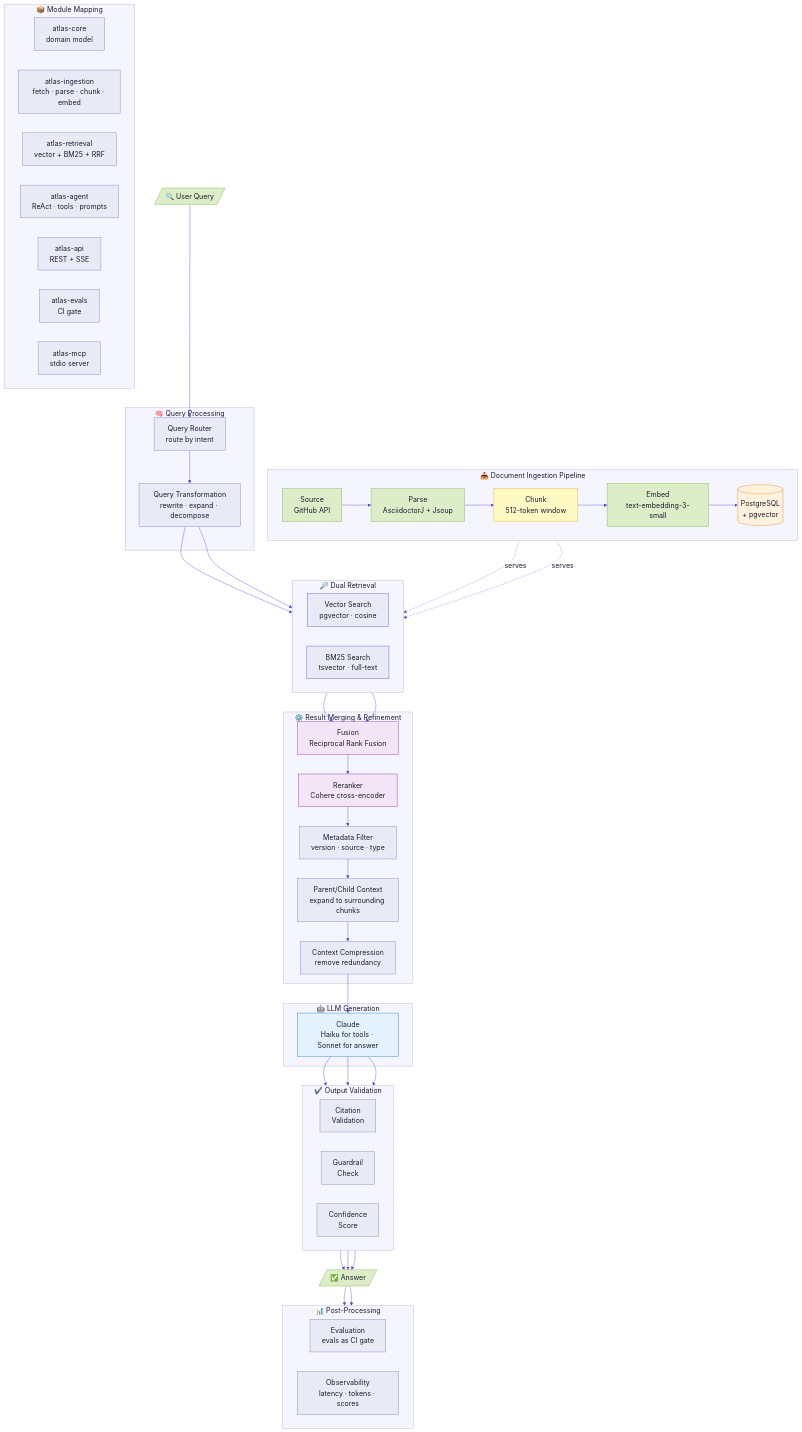
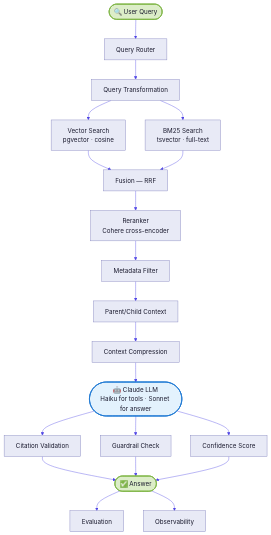
Before and after one commit to gopalvramana/atlas-rag: the first of 3 diagrams in docs/rag-pipeline.md, drawn with Mermaid. The commit also changed other lines of this file, not shown here.

Commit message:
Split pipeline into 3 focused diagrams for better GitHub rendering

````diff
--- a/docs/rag-pipeline.md
+++ b/docs/rag-pipeline.md
@@ -6,114 +10,32 @@
 ```mermaid
-%%{init: {
-  'theme': 'base',
-  'themeVariables': {
-    'primaryColor': '#e8eaf6',
-    'primaryTextColor': '#1a1a2e',
-    'primaryBorderColor': '#7c7cba',
-    'lineColor': '#5046e5',
-    'secondaryColor': '#e3f2fd',
-    'tertiaryColor': '#f3e5f5',
-    'background': '#ffffff',
-    'mainBkg': '#e8eaf6',
-    'nodeBorder': '#7c7cba',
-    'clusterBkg': '#f5f5ff',
-    'clusterBorder': '#b0b0d0',
-    'titleColor': '#1a1a2e',
-    'edgeLabelBackground': '#ffffff',
-    'fontSize': '18px',
-    'nodeSpacing': 30,
-    'rankSpacing': 40
-  }
-}}%%
+%%{init: {'theme': 'base', 'themeVariables': {
+  'primaryColor': '#e8eaf6', 'primaryTextColor': '#1a1a2e',
+  'primaryBorderColor': '#7c7cba', 'lineColor': '#5046e5',
+  'clusterBkg': '#f5f5ff', 'clusterBorder': '#b0b0d0',
+  'edgeLabelBackground': '#ffffff', 'fontSize': '16px'
+}}}%%
 
 flowchart TD
-    Q[/"🔍 User Query"/]
-    Q --> QR
+    Q([" 🔍 User Query "]):::entry --> QR
+    QR["Query Router"] --> QT["Query Transformation"]
+    QT --> VS["Vector Search\npgvector · cosine"]
+    QT --> BM["BM25 Search\ntsvector · full-text"]
+    VS --> FU["Fusion — RRF"]
+    BM --> FU
+    FU --> RR["Reranker\nCohere cross-encoder"]
+    RR --> MF["Metadata Filter"]
+    MF --> PC["Parent/Child Context"]
+    PC --> CC["Context Compression"]
+    CC --> LLM(["🤖 Claude LLM\nHaiku for tools · Sonnet for answer"]):::llm
+    LLM --> CV["Citation Validation"]
+    LLM --> GD["Guardrail Check"]
+    LLM --> CF["Confidence Score"]
+    CV --> ANS([" ✅ Answer "]):::entry
+    GD --> ANS
+    CF --> ANS
+    ANS --> EV["Evaluation"]
+    ANS --> OB["Observability"]
 
-    subgraph QUERY_PROC["🧠 Query Processing"]
-        QR["Query Router\nroute by intent"]
-        QT["Query Transformation\nrewrite · expand · decompose"]
-        QR --> QT
-    end
-
-    QT --> VS & BM
-
-    subgraph RETRIEVAL["🔎 Dual Retrieval"]
-        direction LR
-        VS["Vector Search\npgvector · cosine"]
-        BM["BM25 Search\ntsvector · full-text"]
-    end
-
-    VS & BM --> FU
-
-    subgraph MERGE["⚙️ Result Merging & Refinement"]
-        FU["Fusion\nReciprocal Rank Fusion"]
-        RR["Reranker\nCohere cross-encoder"]
-        MF["Metadata Filter\nversion · source · type"]
-        PC["Parent/Child Context\nexpand to surrounding chunks"]
-        CC["Context Compression\nremove redundancy"]
-        FU --> RR --> MF --> PC --> CC
-    end
-
-    CC --> LLM
-
-    subgraph GEN["🤖 LLM Generation"]
-        LLM["Claude\nHaiku for tools · Sonnet for answer"]
-    end
-
-    LLM --> CV & GD & CF
-
-    subgraph VALID["✔️ Output Validation"]
-        direction LR
-        CV["Citation\nValidation"]
-        GD["Guardrail\nCheck"]
-        CF["Confidence\nScore"]
-    end
-
-    CV & GD & CF --> ANS[/"✅ Answer"/]
-
-    ANS --> EV & OB
-
-    subgraph POST["📊 Post-Processing"]
-        direction LR
-        EV["Evaluation\nevals as CI gate"]
-        OB["Observability\nlatency · tokens · scores"]
-    end
-
-    subgraph INGEST["📥 Document Ingestion Pipeline"]
-        direction LR
-        SRC["Source\nGitHub API"]
-        PARSE["Parse\nAsciidoctorJ + Jsoup"]
-        CHUNK["Chunk\n512-token window"]
-        EMBED["Embed\ntext-embedding-3-small"]
-        STORE[("PostgreSQL\n+ pgvector")]
-        SRC --> PARSE --> CHUNK --> EMBED --> STORE
-    end
-
-    STORE -.->|"serves"| VS
-    STORE -.->|"serves"| BM
-
-    subgraph MODULES["📦 Module Mapping"]
-        direction LR
-        M1["atlas-core\ndomain model"]
-        M2["atlas-ingestion\nfetch · parse · chunk · embed"]
-        M3["atlas-retrieval\nvector + BM25 + RRF"]
-        M4["atlas-agent\nReAct · tools · prompts"]
-        M5["atlas-api\nREST + SSE"]
-        M6["atlas-evals\nCI gate"]
-        M7["atlas-mcp\nstdio server"]
-    end
-
-    style Q fill:#dcedc8,stroke:#7cb342,color:#1a1a2e
-    style ANS fill:#dcedc8,stroke:#7cb342,color:#1a1a2e
-    style LLM fill:#e3f2fd,stroke:#1976d2,color:#1a1a2e
-    style VS fill:#e8eaf6,stroke:#5046e5,color:#1a1a2e
-    style BM fill:#e8eaf6,stroke:#5046e5,color:#1a1a2e
-    style FU fill:#f3e5f5,stroke:#8e24aa,color:#1a1a2e
-    style RR fill:#f3e5f5,stroke:#8e24aa,color:#1a1a2e
-    style STORE fill:#fff3e0,stroke:#f57c00,color:#1a1a2e
-    style SRC fill:#dcedc8,stroke:#7cb342,color:#1a1a2e
-    style PARSE fill:#dcedc8,stroke:#7cb342,color:#1a1a2e
-    style CHUNK fill:#fff9c4,stroke:#f9a825,color:#1a1a2e
-    style EMBED fill:#dcedc8,stroke:#7cb342,color:#1a1a2e
+    classDef entry fill:#dcedc8,stroke:#7cb342,color:#1a1a2e,stroke-width:2px
+    classDef llm fill:#e3f2fd,stroke:#1976d2,color:#1a1a2e,stroke-width:2px
 ```
````
